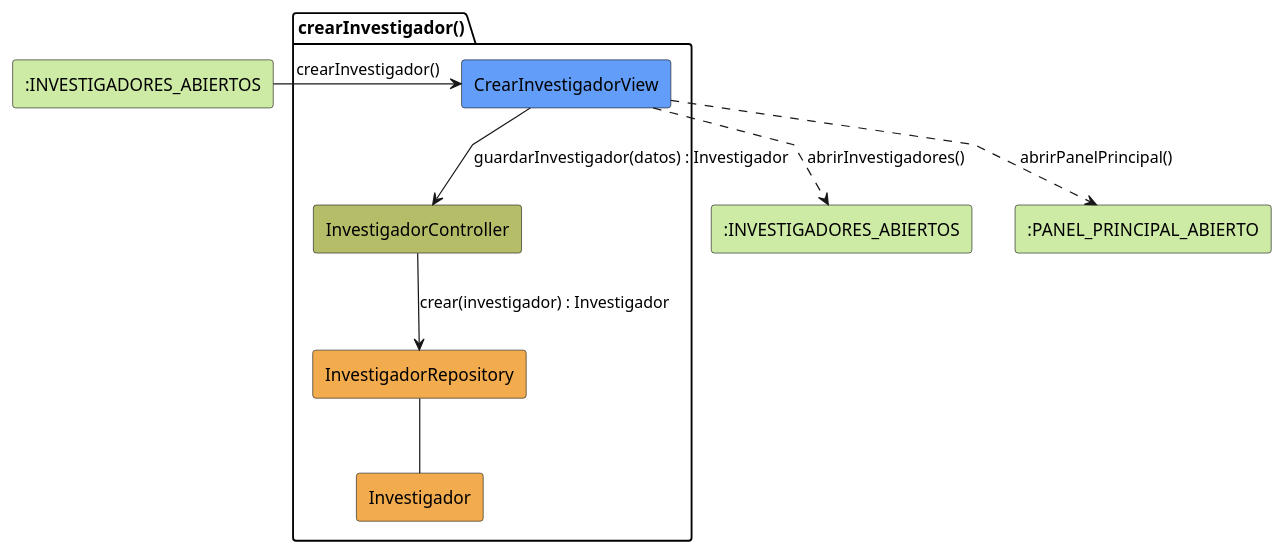
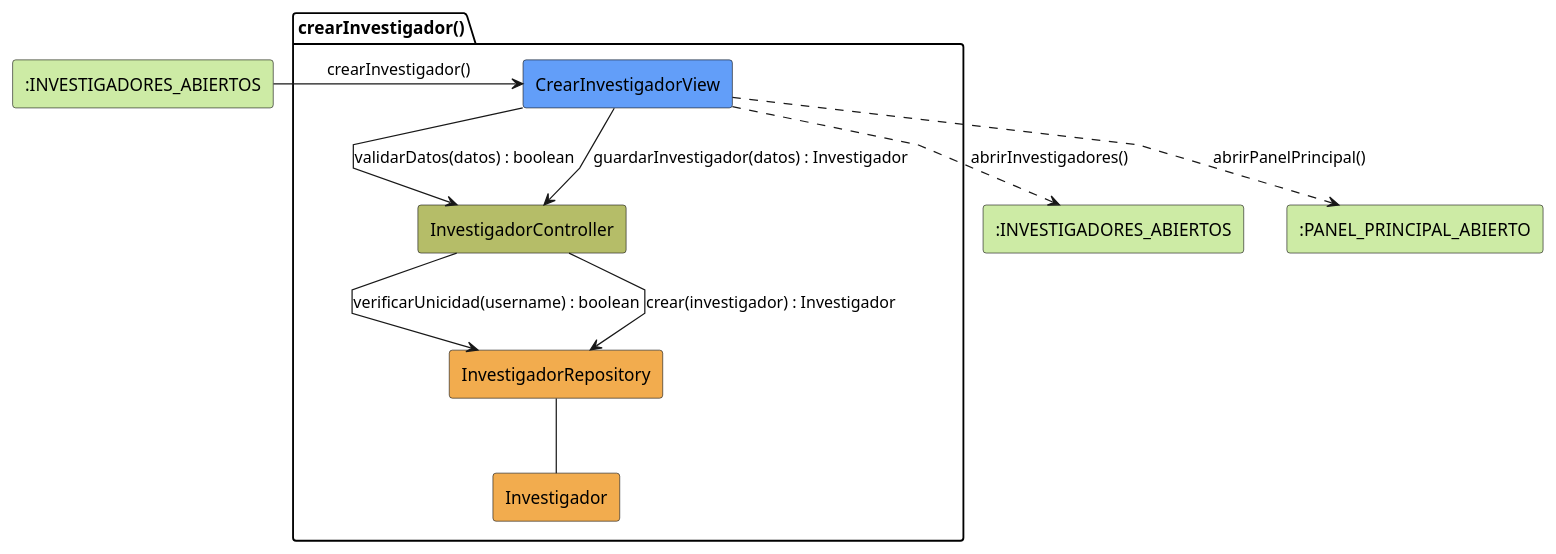
The diagram in modelosUML/analisis/coordinador/crearInvestigador.puml (31Diego/25-26-idsw2-sdVC), drawn with PlantUML before and after one commit. The commit also changed 193 other files, not shown here.

```diff
--- a/modelosUML/analisis/coordinador/crearInvestigador.puml
+++ b/modelosUML/analisis/coordinador/crearInvestigador.puml
@@ -1,27 +1,31 @@
 @startuml crearInvestigador-analisis
 skinparam linetype polyline
 
 rectangle #CDEBA5 ":INVESTIGADORES_ABIERTOS" as InvestigadoresAbiertos
 
 package crearInvestigador as "crearInvestigador()" {
     rectangle #629EF9 CrearInvestigadorView
     rectangle #b5bd68 InvestigadorController
     rectangle #F2AC4E InvestigadorRepository
     rectangle #F2AC4E Investigador
 }
 
 rectangle #CDEBA5 ":INVESTIGADORES_ABIERTOS" as InvestigadoresSalida
 rectangle #CDEBA5 ":PANEL_PRINCIPAL_ABIERTO" as PanelSalida
 
 InvestigadoresAbiertos -r-> CrearInvestigadorView: crearInvestigador()
 
-CrearInvestigadorView -d-> InvestigadorController: guardarInvestigador(datos) : Investigador
+CrearInvestigadorView -d-> InvestigadorController: validarDatos(datos) : boolean
+
+InvestigadorController --> InvestigadorRepository: verificarUnicidad(username) : boolean
+
+CrearInvestigadorView --> InvestigadorController: guardarInvestigador(datos) : Investigador
 
 InvestigadorController --> InvestigadorRepository: crear(investigador) : Investigador
 
 InvestigadorRepository -- Investigador
 
 CrearInvestigadorView ..> InvestigadoresSalida: abrirInvestigadores()
 CrearInvestigadorView ..> PanelSalida: abrirPanelPrincipal()
 
 @enduml
```
